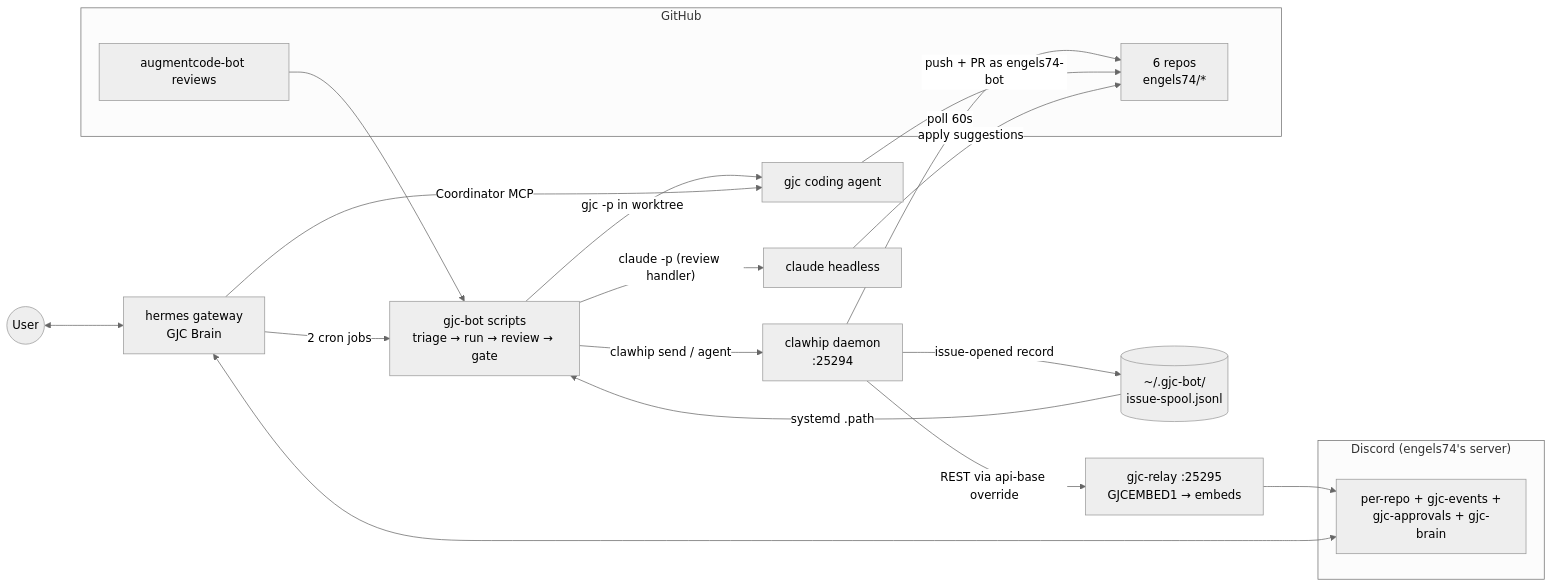
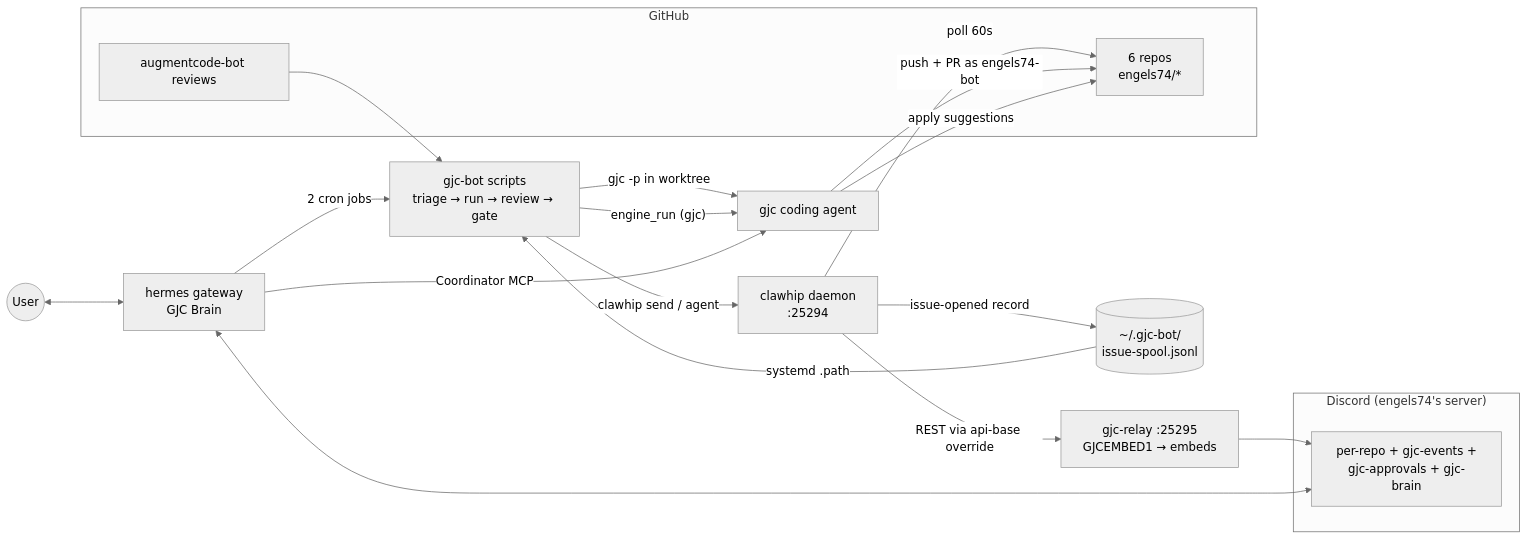
The diagram in docs/00-overview.md (engels74-bot/gjc-fleet), drawn with Mermaid (neutral theme) before and after one commit. The commit also changed other lines of this file and 50 other files, not shown here.

````diff
--- a/docs/00-overview.md
+++ b/docs/00-overview.md
@@ -89,27 +91,27 @@
 ```mermaid
 flowchart LR
     subgraph GitHub
         REPOS[6 repos<br/>engels74/*]
         AUG[augmentcode-bot reviews]
     end
     subgraph Discord["Discord (engels74's server)"]
         CHANS[per-repo + gjc-events +<br/>gjc-approvals + gjc-brain]
     end
     USER((User))
 
     CH[clawhip daemon<br/>:25294] -- "poll 60s" --> REPOS
     CH -- "issue-opened record" --> SPOOL[(~/.gjc-bot/<br/>issue-spool.jsonl)]
     SPOOL -- "systemd .path" --> RB[gjc-bot scripts<br/>triage → run → review → gate]
     RB -- "gjc -p in worktree" --> GJC[gjc coding agent]
-    RB -- "claude -p (review handler)" --> CC[claude headless]
+    RB -- "engine_run (gjc)" --> GJC
     GJC -- "push + PR as engels74-bot" --> REPOS
-    CC -- "apply suggestions" --> REPOS
+    GJC -- "apply suggestions" --> REPOS
     AUG --> RB
     RB -- "clawhip send / agent" --> CH
     CH -- "REST via api-base override" --> RL[gjc-relay :25295<br/>GJCEMBED1 → embeds]
     RL --> CHANS
     USER <--> HM[hermes gateway<br/>GJC Brain]
     HM <--> CHANS
     HM -- "Coordinator MCP" --> GJC
     HM -- "2 cron jobs" --> RB
 ```
````
